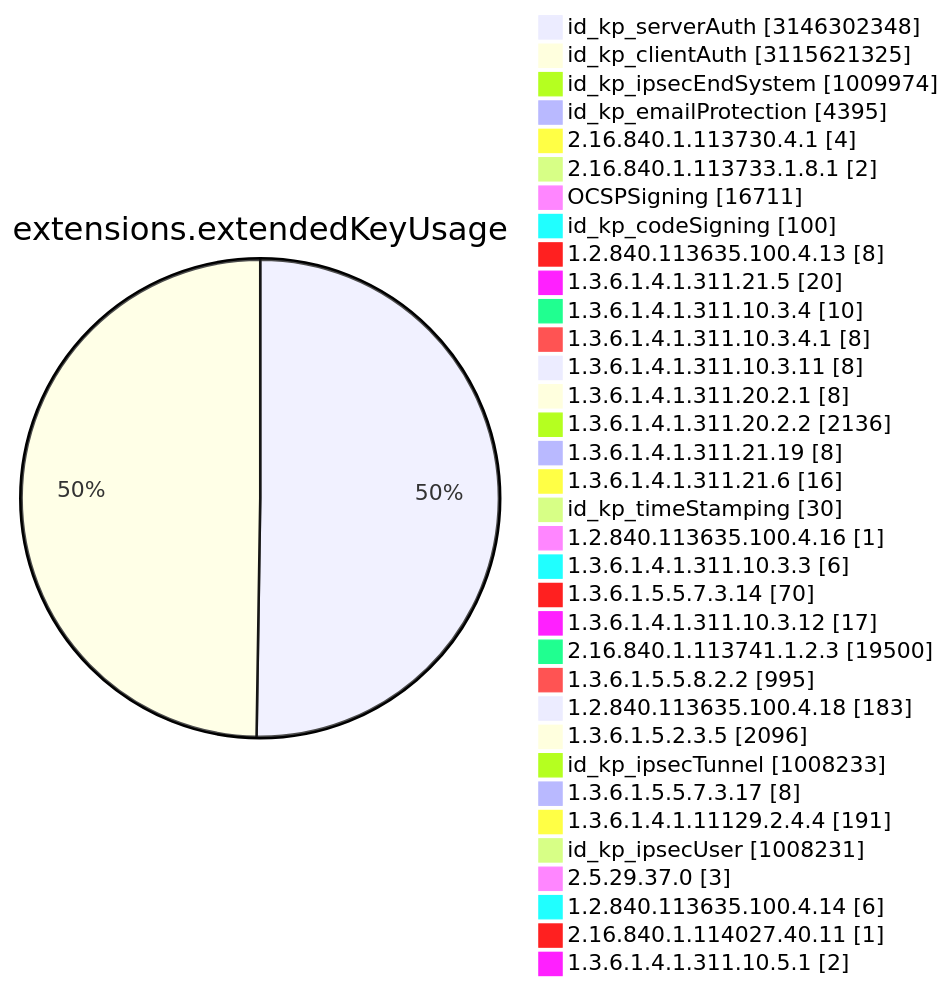
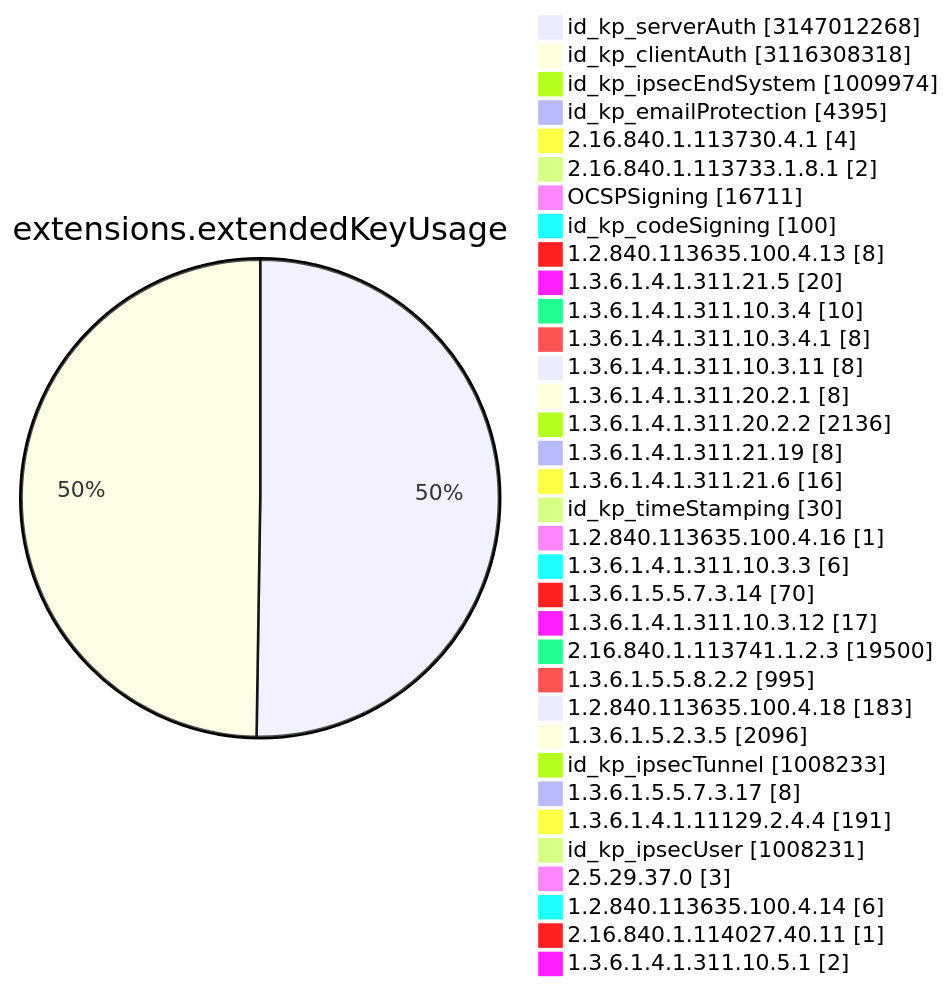
Diagram 11 of 15 in TOTAL/README.md (christiankrug/ctmonitor_visualization), drawn with Mermaid before and after one commit. The commit also changed other lines of this file, not shown here.

````diff
--- a/TOTAL/README.md
+++ b/TOTAL/README.md
@@ -4119,38 +4119,38 @@
 ```mermaid
 pie showData
 title extensions.extendedKeyUsage
-"id_kp_serverAuth" :3146302348
-"id_kp_clientAuth" :3115621325
+"id_kp_serverAuth" :3147012268
+"id_kp_clientAuth" :3116308318
 "id_kp_ipsecEndSystem" :1009974
 "id_kp_emailProtection" :4395
 "2.16.840.1.113730.4.1" :4
 "2.16.840.1.113733.1.8.1" :2
 "OCSPSigning" :16711
 "id_kp_codeSigning" :100
 "1.2.840.113635.100.4.13" :8
 "1.3.6.1.4.1.311.21.5" :20
 "1.3.6.1.4.1.311.10.3.4" :10
 "1.3.6.1.4.1.311.10.3.4.1" :8
 "1.3.6.1.4.1.311.10.3.11" :8
 "1.3.6.1.4.1.311.20.2.1" :8
 "1.3.6.1.4.1.311.20.2.2" :2136
 "1.3.6.1.4.1.311.21.19" :8
 "1.3.6.1.4.1.311.21.6" :16
 "id_kp_timeStamping" :30
 "1.2.840.113635.100.4.16" :1
 "1.3.6.1.4.1.311.10.3.3" :6
 "1.3.6.1.5.5.7.3.14" :70
 "1.3.6.1.4.1.311.10.3.12" :17
 "2.16.840.1.113741.1.2.3" :19500
 "1.3.6.1.5.5.8.2.2" :995
 "1.2.840.113635.100.4.18" :183
 "1.3.6.1.5.2.3.5" :2096
 "id_kp_ipsecTunnel" :1008233
 "1.3.6.1.5.5.7.3.17" :8
 "1.3.6.1.4.1.11129.2.4.4" :191
 "id_kp_ipsecUser" :1008231
 "2.5.29.37.0" :3
 "1.2.840.113635.100.4.14" :6
 "2.16.840.1.114027.40.11" :1
 "1.3.6.1.4.1.311.10.5.1" :2
 ```
````
